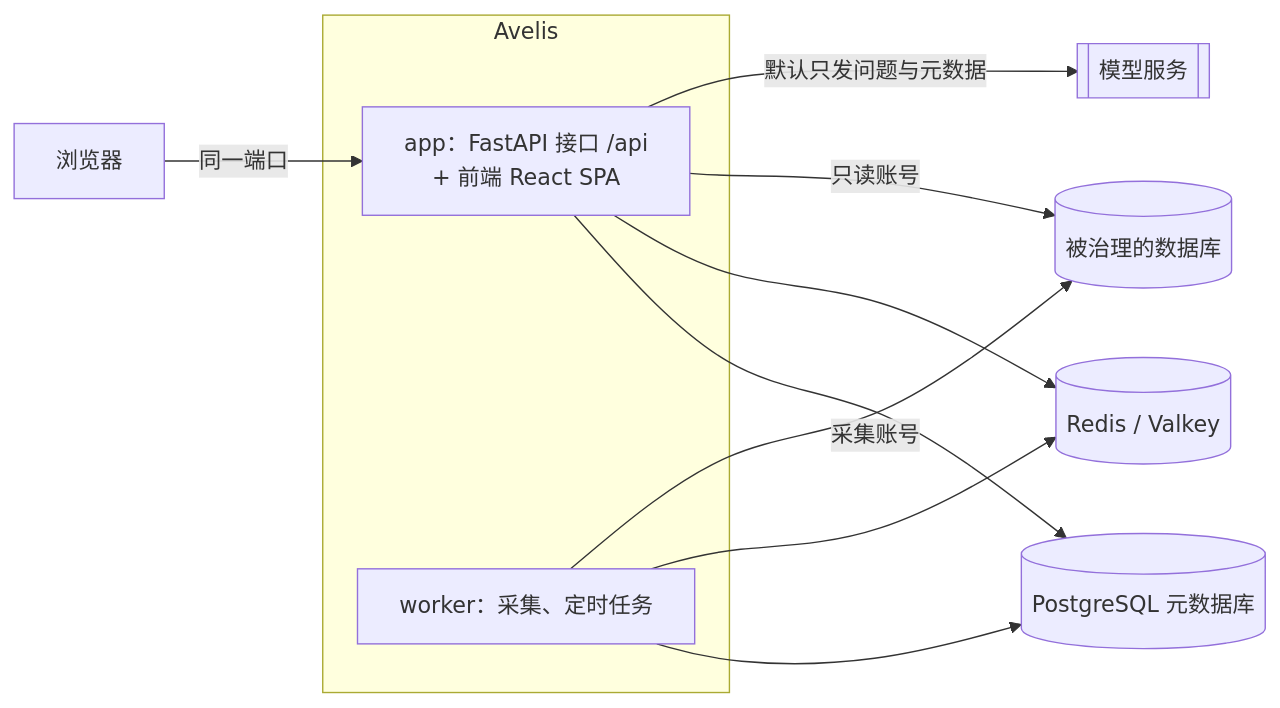
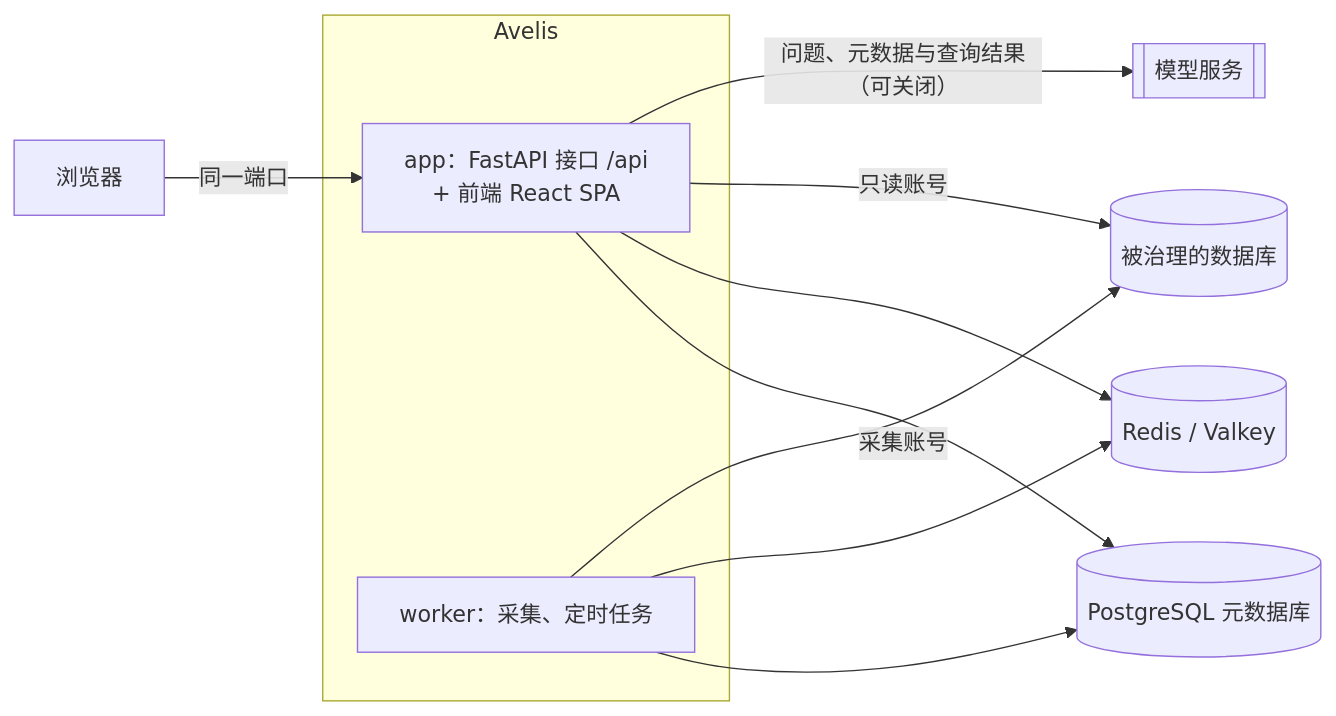
The diagram in README.zh-CN.md (shenhui027-arch/avelis), drawn with Mermaid before and after one commit. The commit also changed 1 other file, not shown here.

Commit message:
README 架构图更正：默认也会向模型发送查询结果，可在模型配置中关闭

````diff
--- a/README.zh-CN.md
+++ b/README.zh-CN.md
@@ -83,15 +83,15 @@
 ```mermaid
 flowchart LR
   UI[浏览器] -->|同一端口| APP
   subgraph Avelis
     APP[app：FastAPI 接口 /api<br/>+ 前端 React SPA]
     W[worker：采集、定时任务]
   end
   APP --> PG[(PostgreSQL 元数据库)]
   W --> PG
   APP --> RD[(Redis / Valkey)]
   W --> RD
   APP -->|只读账号| DB[(被治理的数据库)]
   W -->|采集账号| DB
-  APP -->|默认只发问题与元数据| LLM[[模型服务]]
+  APP -->|问题、元数据与查询结果（可关闭）| LLM[[模型服务]]
 ```
````
